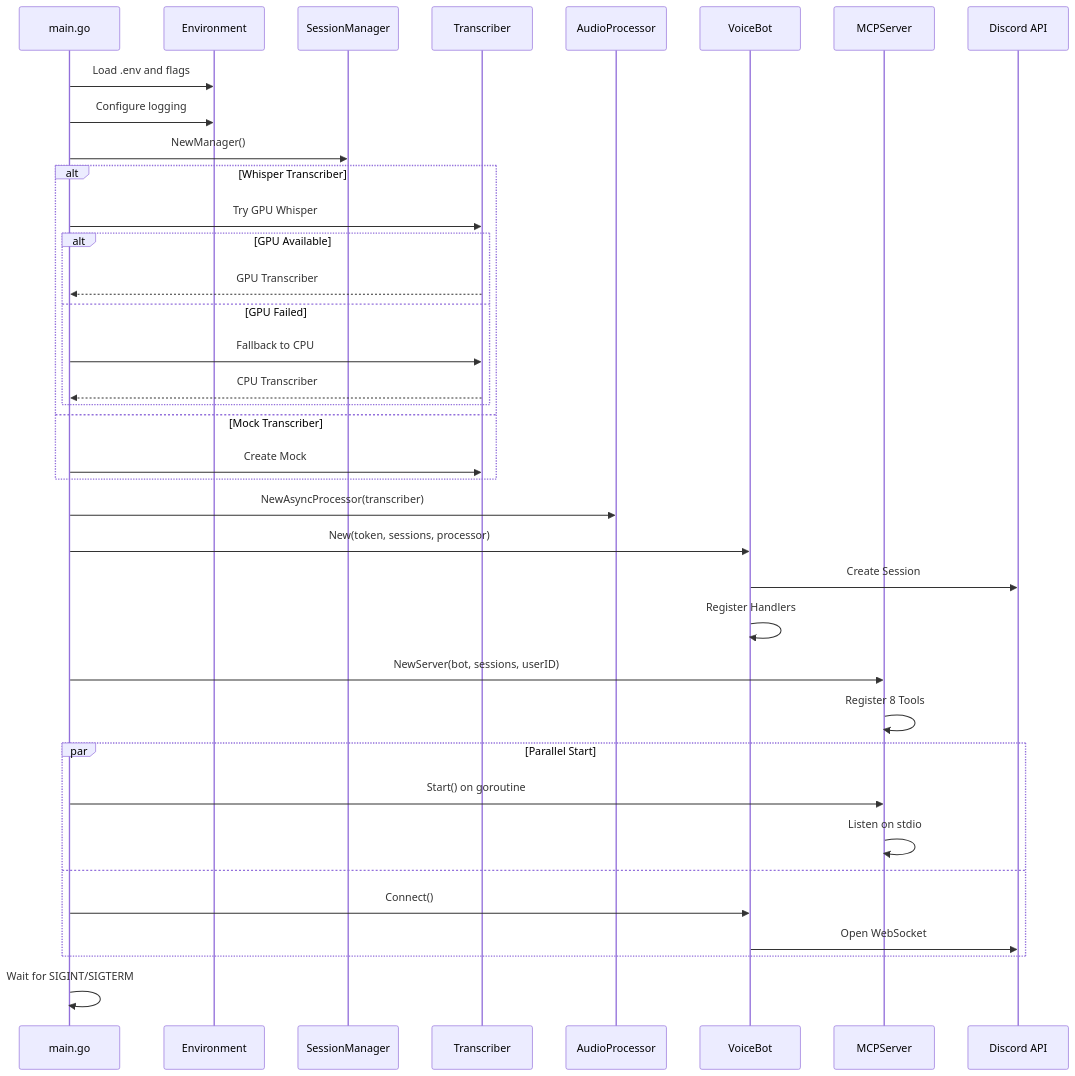
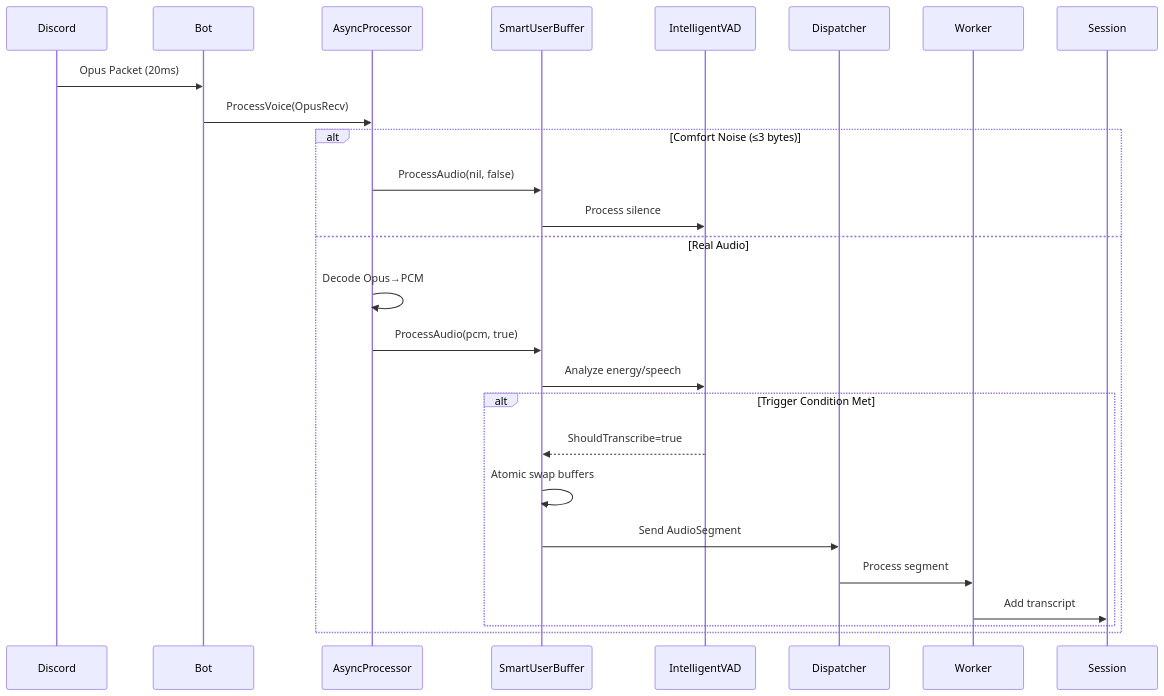
The second of 3 diagrams in ARCHITECTURE_DOCUMENTATION.md (fankserver/discord-voice-mcp), drawn with Mermaid before and after one commit. The commit also changed other lines of this file, not shown here.

First line of the commit message:
docs: complete rewrite of architecture documentation

````diff
--- a/ARCHITECTURE_DOCUMENTATION.md
+++ b/ARCHITECTURE_DOCUMENTATION.md
@@ -93,45 +292,31 @@
 ```mermaid
 sequenceDiagram
-    participant Main as main.go
-    participant Env as Environment
-    participant SM as SessionManager
-    participant T as Transcriber
-    participant AP as AudioProcessor
-    participant Bot as VoiceBot
-    participant MCP as MCPServer
-    participant Discord as Discord API
+    participant Discord
+    participant Bot
+    participant AsyncProc as AsyncProcessor
+    participant Buffer as SmartUserBuffer
+    participant VAD as IntelligentVAD
+    participant Dispatcher
+    participant Worker
+    participant Session
 
-    Main->>Env: Load .env and flags
-    Main->>Env: Configure logging
-    Main->>SM: NewManager()
+    Discord->>Bot: Opus Packet (20ms)
+    Bot->>AsyncProc: ProcessVoice(OpusRecv)
     
-    alt Whisper Transcriber
-        Main->>T: Try GPU Whisper
-        alt GPU Available
-            T-->>Main: GPU Transcriber
-        else GPU Failed
-            Main->>T: Fallback to CPU
-            T-->>Main: CPU Transcriber
+    alt Comfort Noise (≤3 bytes)
+        AsyncProc->>Buffer: ProcessAudio(nil, false)
+        Buffer->>VAD: Process silence
+    else Real Audio
+        AsyncProc->>AsyncProc: Decode Opus→PCM
+        AsyncProc->>Buffer: ProcessAudio(pcm, true)
+        Buffer->>VAD: Analyze energy/speech
+        
+        alt Trigger Condition Met
+            VAD-->>Buffer: ShouldTranscribe=true
+            Buffer->>Buffer: Atomic swap buffers
+            Buffer->>Dispatcher: Send AudioSegment
+            Dispatcher->>Worker: Process segment
+            Worker->>Session: Add transcript
         end
-    else Mock Transcriber
-        Main->>T: Create Mock
     end
-    
-    Main->>AP: NewAsyncProcessor(transcriber)
-    Main->>Bot: New(token, sessions, processor)
-    Bot->>Discord: Create Session
-    Bot->>Bot: Register Handlers
-    
-    Main->>MCP: NewServer(bot, sessions, userID)
-    MCP->>MCP: Register 8 Tools
-    
-    par Parallel Start
-        Main->>MCP: Start() on goroutine
-        MCP->>MCP: Listen on stdio
-    and
-        Main->>Bot: Connect()
-        Bot->>Discord: Open WebSocket
-    end
-    
-    Main->>Main: Wait for SIGINT/SIGTERM
 ```
````
